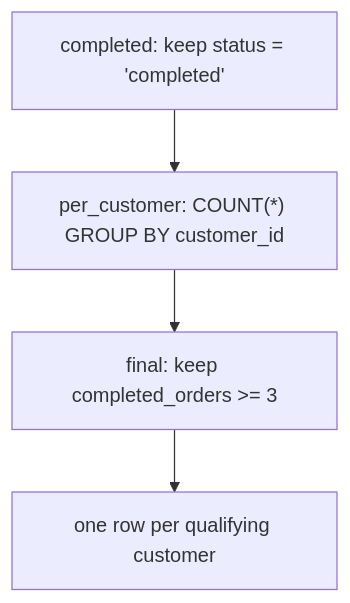
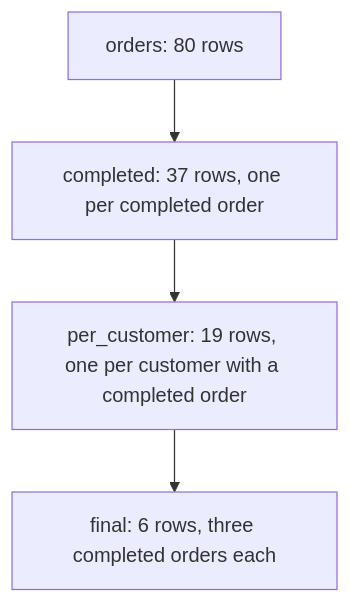
One commit to theakhandpatel/querycraft changed the diagram in web/src/data/content/m4.md. Above: the diagram before and after it, drawn with Mermaid. The commit also changed other lines of this file and 61 other files, not shown here.

````diff
--- a/web/src/data/content/m4.md
+++ b/web/src/data/content/m4.md
@@ -19,6 +137,6 @@
 ```mermaid
 flowchart TD
-    A["completed: keep status = 'completed'"] --> B["per_customer: COUNT(*) GROUP BY customer_id"]
-    B --> C["final: keep completed_orders >= 3"]
-    C --> D["one row per qualifying customer"]
+    A["orders: 80 rows"] --> B["completed: 37 rows, one per completed order"]
+    B --> C["per_customer: 19 rows, one per customer with a completed order"]
+    C --> D["final: 6 rows, three completed orders each"]
 ```
````
